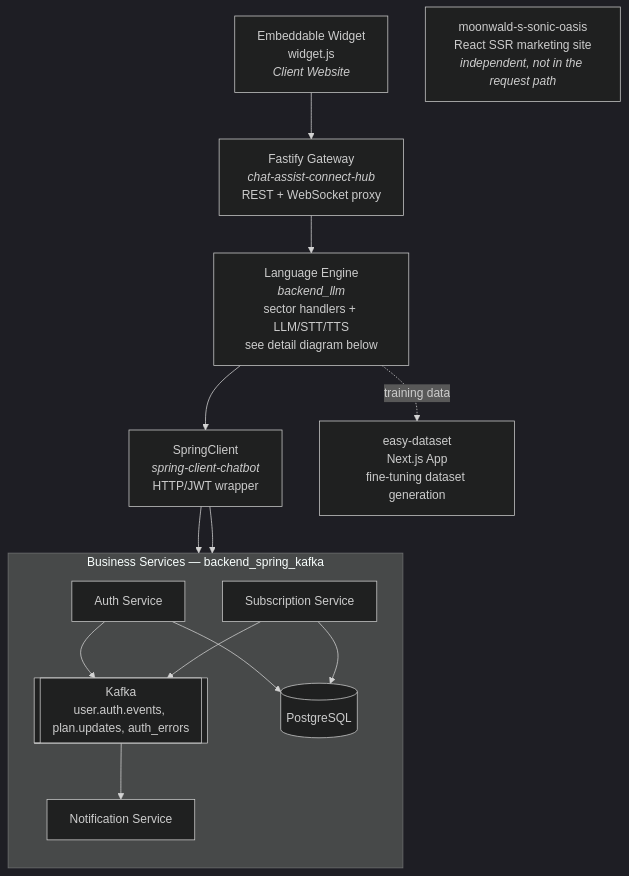
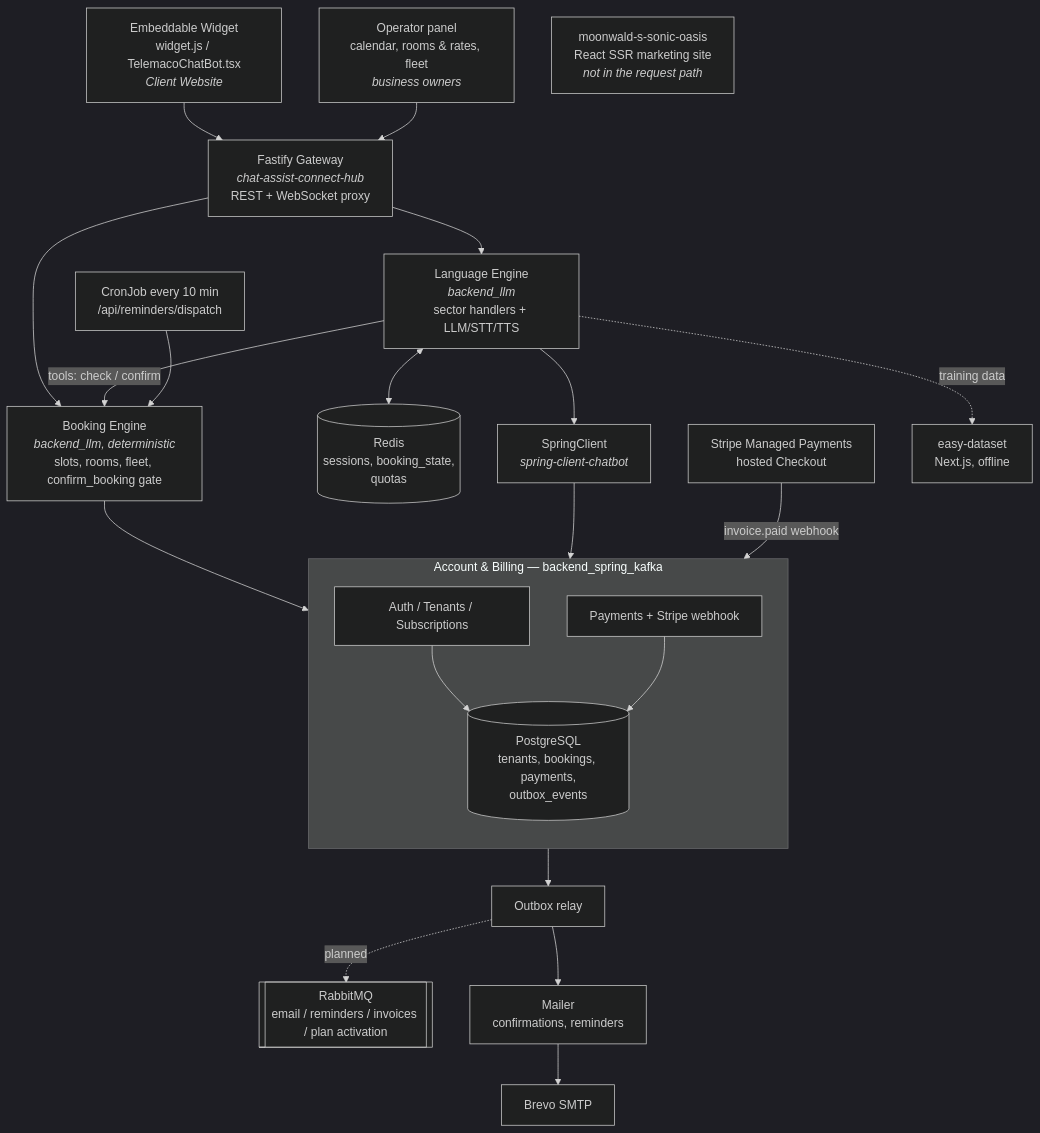
Before and after one commit to cloud-fullstack/architecture: the first of 3 diagrams in README.md, drawn with Mermaid (dark theme). The commit also changed other lines of this file, not shown here.

````diff
--- a/README.md
+++ b/README.md
@@ -16,36 +40,42 @@
 ```mermaid
 graph TB
-    W[Embeddable Widget<br/>widget.js<br/><i>Client Website</i>]
+    W[Embeddable Widget<br/>widget.js / TelemacoChatBot.tsx<br/><i>Client Website</i>]
+    OP[Operator panel<br/>calendar, rooms & rates, fleet<br/><i>business owners</i>]
     W --> GW
+    OP --> GW
 
     GW[Fastify Gateway<br/><i>chat-assist-connect-hub</i><br/>REST + WebSocket proxy]
     GW --> ENGINE
+    GW --> BOOK
 
-    ENGINE[Language Engine<br/><i>backend_llm</i><br/>sector handlers + LLM/STT/TTS<br/>see detail diagram below]
-    ENGINE --> SPC
+    ENGINE[Language Engine<br/><i>backend_llm</i><br/>sector handlers + LLM/STT/TTS]
+    ENGINE <--> REDIS[(Redis<br/>sessions, booking_state,<br/>quotas)]
+    ENGINE -->|tools: check / confirm| BOOK
 
-    SPC[SpringClient<br/><i>spring-client-chatbot</i><br/>HTTP/JWT wrapper]
-    SPC --> AUTH
-    SPC --> SUB
+    BOOK[Booking Engine<br/><i>backend_llm, deterministic</i><br/>slots, rooms, fleet, confirm_booking gate]
+    BOOK --> PG
 
-    subgraph BUSINESS [" Business Services — backend_spring_kafka "]
+    ENGINE --> SPC[SpringClient<br/><i>spring-client-chatbot</i>]
+    SPC --> ACC
+
+    subgraph BUSINESS [" Account & Billing — backend_spring_kafka "]
         direction TB
-        AUTH[Auth Service]
-        SUB[Subscription Service]
-        NOTIF[Notification Service]
-        KAFKA[[Kafka<br/>user.auth.events, plan.updates, auth_errors]]
-        PG[(PostgreSQL)]
-
-        AUTH --> KAFKA
-        SUB --> KAFKA
-        KAFKA --> NOTIF
-        AUTH --> PG
-        SUB --> PG
+        ACC[Auth / Tenants / Subscriptions]
+        PAY[Payments + Stripe webhook]
+        ACC --> PG
+        PAY --> PG
     end
 
-    ENGINE -.->|training data| ED
+    STRIPE[Stripe Managed Payments<br/>hosted Checkout] -->|invoice.paid webhook| PAY
 
-    ED[easy-dataset<br/>Next.js App<br/>fine-tuning dataset generation]
+    PG[(PostgreSQL<br/>tenants, bookings, payments,<br/>outbox_events)]
+    PG --> RELAY[Outbox relay]
+    RELAY -.->|planned| MQ[[RabbitMQ<br/>email / reminders / invoices / plan activation]]
+    RELAY --> MAIL
 
-    MKT[moonwald-s-sonic-oasis<br/>React SSR marketing site<br/><i>independent, not in the request path</i>]
+    MAIL[Mailer<br/>confirmations, reminders] --> SMTP[Brevo SMTP]
+    CRON[CronJob every 10 min<br/>/api/reminders/dispatch] --> BOOK
+
+    ENGINE -.->|training data| ED[easy-dataset<br/>Next.js, offline]
+    MKT[moonwald-s-sonic-oasis<br/>React SSR marketing site<br/><i>not in the request path</i>]
 ```
````
